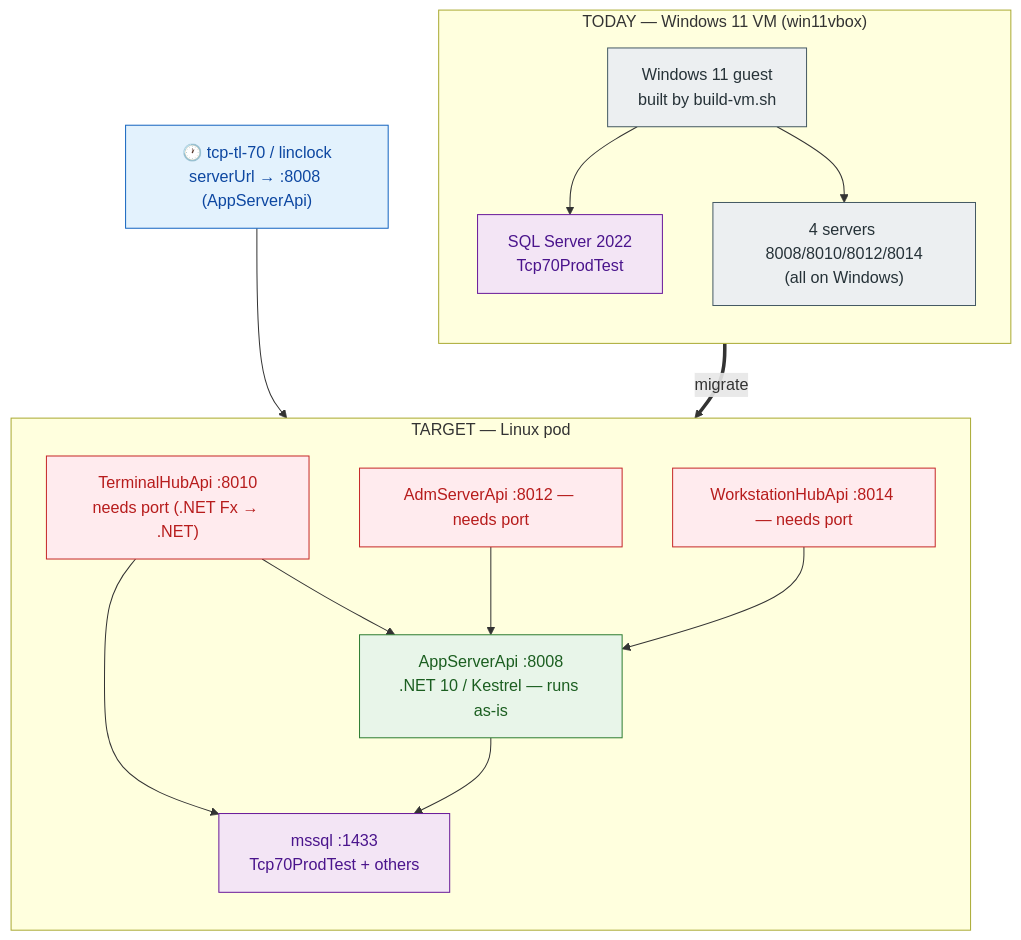
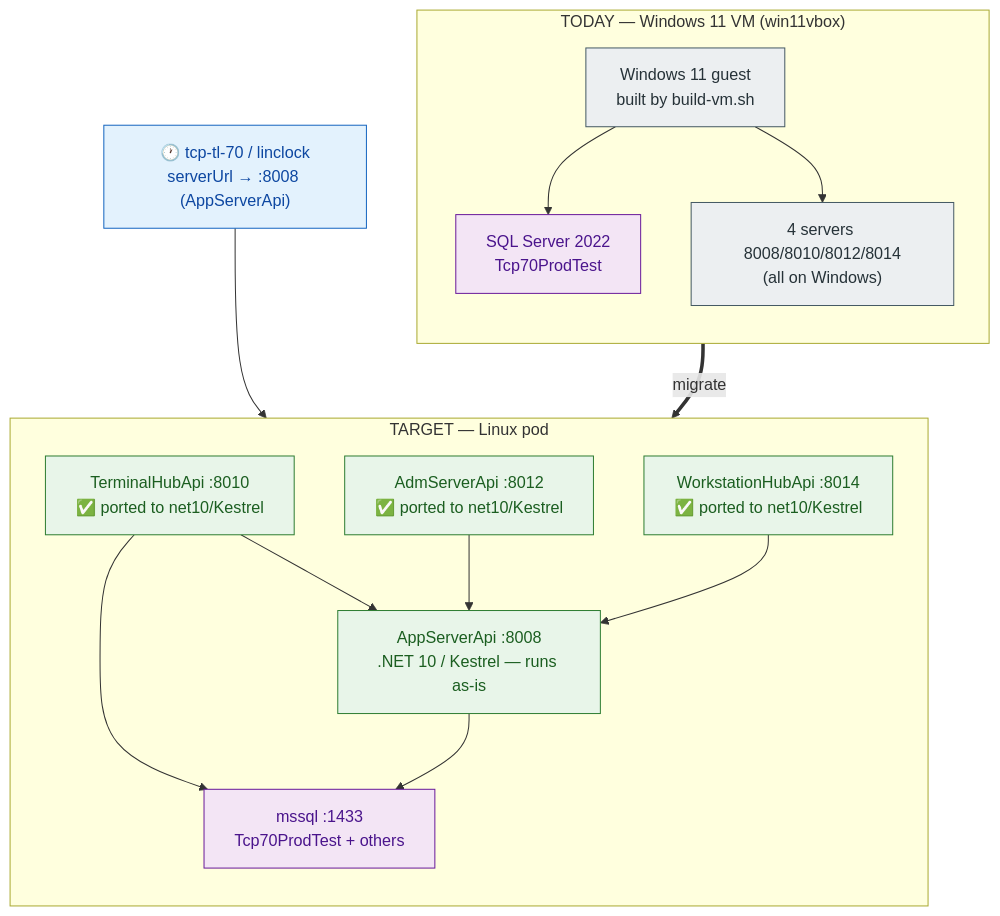
Before and after one commit to tcp-software/win11vbox: the first of 5 diagrams in docs/linux-pod-plan.md, drawn with Mermaid.

Commit message:
linux-pod-plan: target diagram -- all three hubs ported to net10/Kestrel

````diff
--- a/docs/linux-pod-plan.md
+++ b/docs/linux-pod-plan.md
@@ -52,35 +52,35 @@
 ```mermaid
 flowchart TD
     classDef vm   fill:#eceff1,stroke:#455a64,color:#263238;
     classDef data fill:#f3e5f5,stroke:#6a1b9a,color:#4a148c;
     classDef ok   fill:#e8f5e9,stroke:#2e7d32,color:#1b5e20;
     classDef port fill:#ffebee,stroke:#c62828,color:#b71c1c;
     classDef ext  fill:#e3f2fd,stroke:#1565c0,color:#0d47a1;
 
     subgraph NOW["TODAY — Windows 11 VM (win11vbox)"]
         direction TB
         VM["Windows 11 guest<br/>built by build-vm.sh"]:::vm
         VSQL["SQL Server 2022<br/>Tcp70ProdTest"]:::data
         VS["4 servers 8008/8010/8012/8014<br/>(all on Windows)"]:::vm
         VM --> VSQL
         VM --> VS
     end
 
     subgraph TGT["TARGET — Linux pod"]
         direction TB
         DB["mssql :1433<br/>Tcp70ProdTest + others"]:::data
         APP["AppServerApi :8008<br/>.NET 10 / Kestrel — runs as-is"]:::ok
-        HUB["TerminalHubApi :8010<br/>needs port (.NET Fx → .NET)"]:::port
-        ADM["AdmServerApi :8012 — needs port"]:::port
-        WS["WorkstationHubApi :8014 — needs port"]:::port
+        HUB["TerminalHubApi :8010<br/>✅ ported to net10/Kestrel"]:::ok
+        ADM["AdmServerApi :8012<br/>✅ ported to net10/Kestrel"]:::ok
+        WS["WorkstationHubApi :8014<br/>✅ ported to net10/Kestrel"]:::ok
         APP --> DB
         HUB --> APP
         ADM --> APP
         WS --> APP
         HUB --> DB
     end
 
     NOW ==>|migrate| TGT
     CLK["🕐 tcp-tl-70 / linclock<br/>serverUrl → :8008 (AppServerApi)"]:::ext
     CLK --> APP
 ```
````
